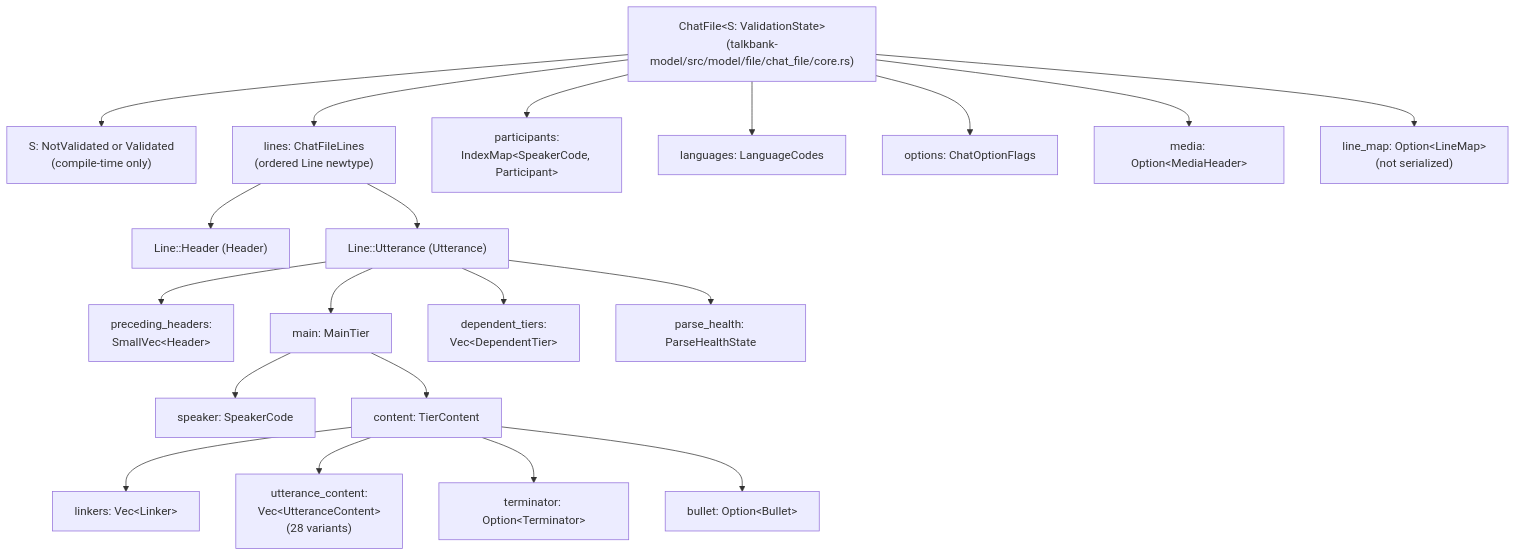
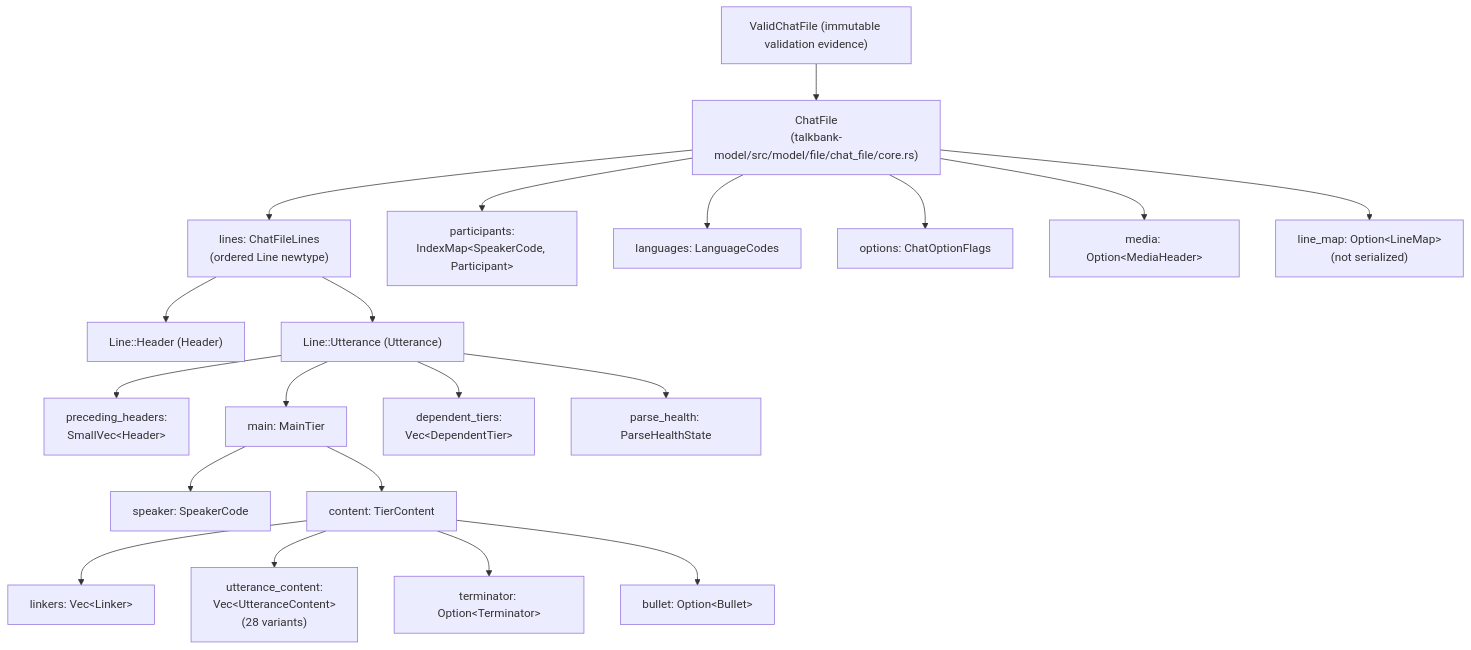
The first of 3 diagrams in book/src/architecture/chat-model/chat-model.md (TalkBank/chatter), drawn with Mermaid before and after one commit. The commit also changed other lines of this file and 476 other files, not shown here.

````diff
--- a/book/src/architecture/chat-model/chat-model.md
+++ b/book/src/architecture/chat-model/chat-model.md
@@ -31,26 +34,26 @@
 ```mermaid
 flowchart TD
-    chatfile["ChatFile&lt;S: ValidationState&gt;\n(talkbank-model/src/model/file/chat_file/core.rs)"]
-    chatfile --> state["S: NotValidated or Validated\n(compile-time only)"]
+    chatfile["ChatFile\n(talkbank-model/src/model/file/chat_file/core.rs)"]
+    valid["ValidChatFile (immutable validation evidence)"] --> chatfile
     chatfile --> lines["lines: ChatFileLines\n(ordered Line newtype)"]
     chatfile --> participants["participants:\nIndexMap&lt;SpeakerCode, Participant&gt;"]
     chatfile --> languages["languages: LanguageCodes"]
     chatfile --> options["options: ChatOptionFlags"]
     chatfile --> media["media: Option&lt;MediaHeader&gt;"]
     chatfile --> line_map["line_map: Option&lt;LineMap&gt;\n(not serialized)"]
 
     lines --> header_line["Line::Header (Header)"]
     lines --> utt_line["Line::Utterance (Utterance)"]
 
     utt_line --> preceding["preceding_headers:\nSmallVec&lt;Header&gt;"]
     utt_line --> main["main: MainTier"]
     utt_line --> deptiers["dependent_tiers:\nVec&lt;DependentTier&gt;"]
     utt_line --> health["parse_health: ParseHealthState"]
 
     main --> speaker["speaker: SpeakerCode"]
     main --> tiercontent["content: TierContent"]
     tiercontent --> linkers["linkers: Vec&lt;Linker&gt;"]
     tiercontent --> uttcontent["utterance_content:\nVec&lt;UtteranceContent&gt;\n(28 variants)"]
     tiercontent --> terminator["terminator: Option&lt;Terminator&gt;"]
     tiercontent --> bullet["bullet: Option&lt;Bullet&gt;"]
 ```
````
